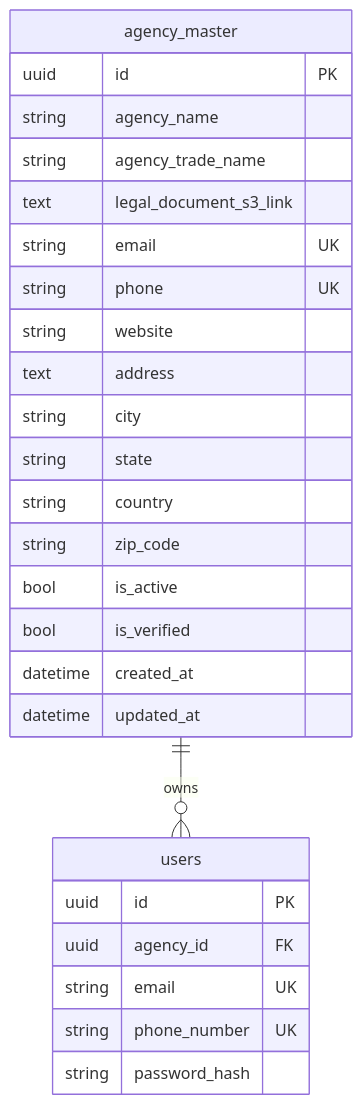
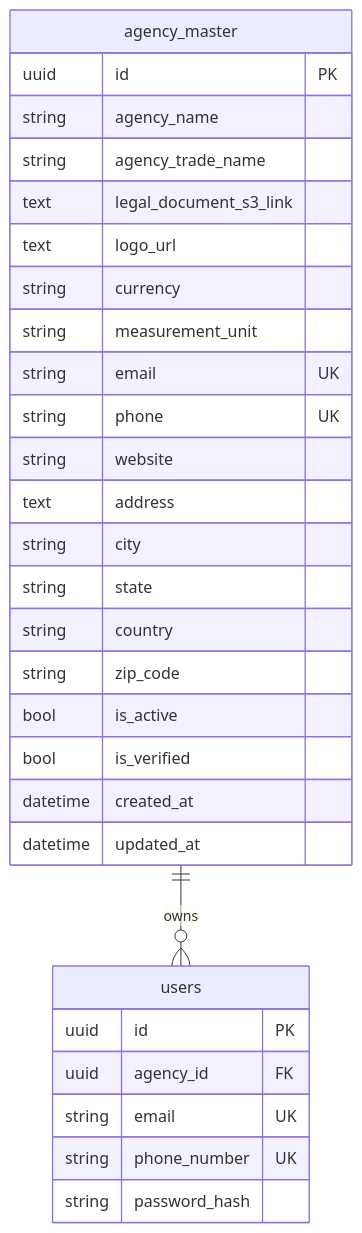
One commit to arindam-aspire/abdoun-fast-api changed the diagram in docs/AGENCY_REGISTRATION_MODULE.md. Above: the diagram before and after it, drawn with Mermaid. The commit also changed other lines of this file and 33 other files, not shown here.

````diff
--- a/docs/AGENCY_REGISTRATION_MODULE.md
+++ b/docs/AGENCY_REGISTRATION_MODULE.md
@@ -56,29 +246,32 @@
 ```mermaid
 erDiagram
   agency_master ||--o{ users : owns
   agency_master {
     uuid id PK
     string agency_name
     string agency_trade_name
     text legal_document_s3_link
+    text logo_url
+    string currency
+    string measurement_unit
     string email UK
     string phone UK
     string website
     text address
     string city
     string state
     string country
     string zip_code
     bool is_active
     bool is_verified
     datetime created_at
     datetime updated_at
   }
   users {
     uuid id PK
     uuid agency_id FK
     string email UK
     string phone_number UK
     string password_hash
   }
 ```
````
